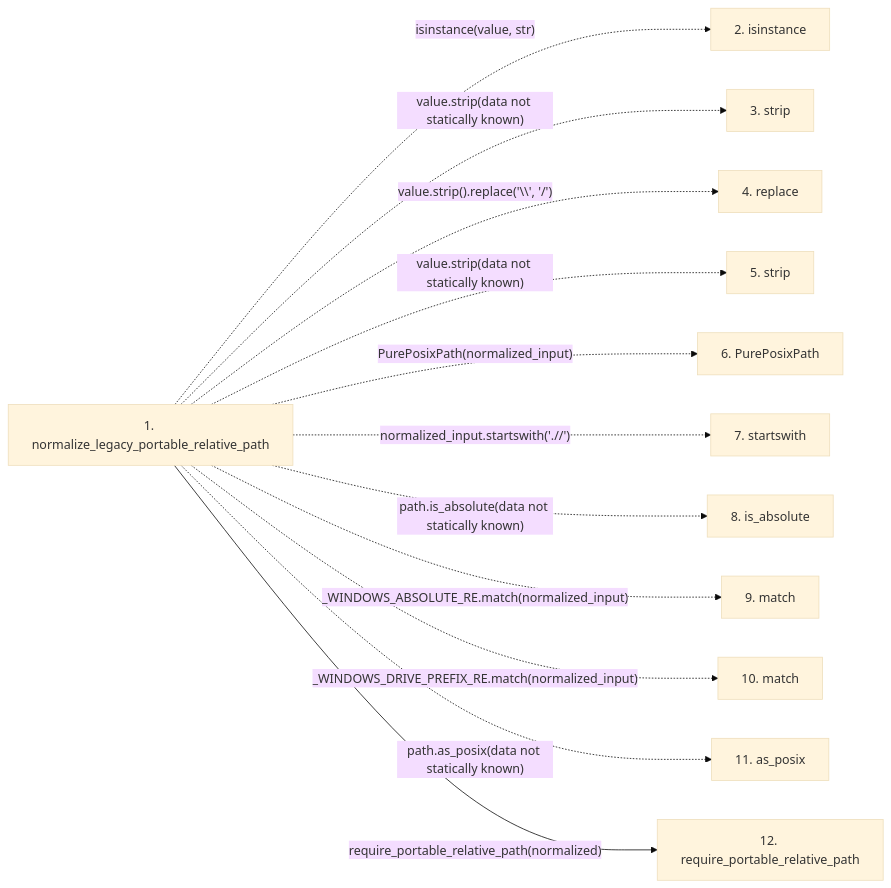
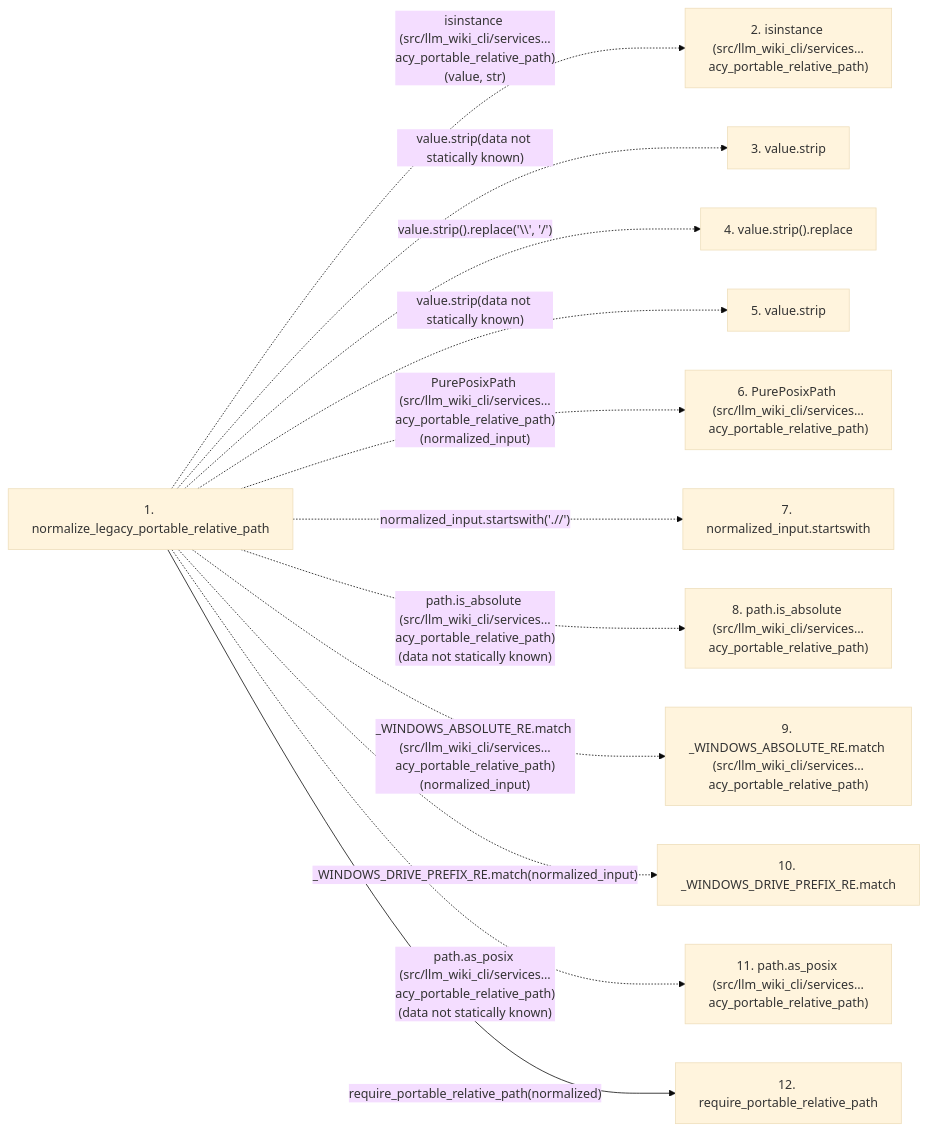
The second of 2 diagrams in docs/llm_wiki/flows/api-normalize_legacy_portable_relative_path.md (Denissvgn/python-wiki-llm), drawn with Mermaid (base theme) before and after one commit. The commit also changed other lines of this file and 719 other files, not shown here.

````diff
--- a/docs/llm_wiki/flows/api-normalize_legacy_portable_relative_path.md
+++ b/docs/llm_wiki/flows/api-normalize_legacy_portable_relative_path.md
@@ -65,28 +73,28 @@
 ```mermaid
 flowchart LR
     s1["1. normalize_legacy_portable_relative_path"]
-    s2["2. isinstance"]
-    s3["3. strip"]
-    s4["4. replace"]
-    s5["5. strip"]
-    s6["6. PurePosixPath"]
-    s7["7. startswith"]
-    s8["8. is_absolute"]
-    s9["9. match"]
-    s10["10. match"]
-    s11["11. as_posix"]
+    s2["2. isinstance (src/llm_wiki_cli/services…acy_portable_relative_path)"]
+    s3["3. value.strip"]
+    s4["4. value.strip().replace"]
+    s5["5. value.strip"]
+    s6["6. PurePosixPath (src/llm_wiki_cli/services…acy_portable_relative_path)"]
+    s7["7. normalized_input.startswith"]
+    s8["8. path.is_absolute (src/llm_wiki_cli/services…acy_portable_relative_path)"]
+    s9["9. _WINDOWS_ABSOLUTE_RE.match (src/llm_wiki_cli/services…acy_portable_relative_path)"]
+    s10["10. _WINDOWS_DRIVE_PREFIX_RE.match"]
+    s11["11. path.as_posix (src/llm_wiki_cli/services…acy_portable_relative_path)"]
     s12["12. require_portable_relative_path"]
-    s1 -. "isinstance(value, str)" .-> s2
+    s1 -. "isinstance (src/llm_wiki_cli/services…acy_portable_relative_path)(value, str)" .-> s2
     s1 -. "value.strip(data not statically known)" .-> s3
     s1 -. "value.strip().replace('\\', '/')" .-> s4
     s1 -. "value.strip(data not statically known)" .-> s5
-    s1 -. "PurePosixPath(normalized_input)" .-> s6
+    s1 -. "PurePosixPath (src/llm_wiki_cli/services…acy_portable_relative_path)(normalized_input)" .-> s6
     s1 -. "normalized_input.startswith('.//')" .-> s7
-    s1 -. "path.is_absolute(data not statically known)" .-> s8
-    s1 -. "_WINDOWS_ABSOLUTE_RE.match(normalized_input)" .-> s9
+    s1 -. "path.is_absolute (src/llm_wiki_cli/services…acy_portable_relative_path)(data not statically known)" .-> s8
+    s1 -. "_WINDOWS_ABSOLUTE_RE.match (src/llm_wiki_cli/services…acy_portable_relative_path)(normalized_input)" .-> s9
     s1 -. "_WINDOWS_DRIVE_PREFIX_RE.match(normalized_input)" .-> s10
-    s1 -. "path.as_posix(data not statically known)" .-> s11
+    s1 -. "path.as_posix (src/llm_wiki_cli/services…acy_portable_relative_path)(data not statically known)" .-> s11
     s1 -->|"require_portable_relative_path(normalized)"| s12
     click s1 "../modules/validation.md"
     click s12 "../modules/validation.md"
 ```
````
